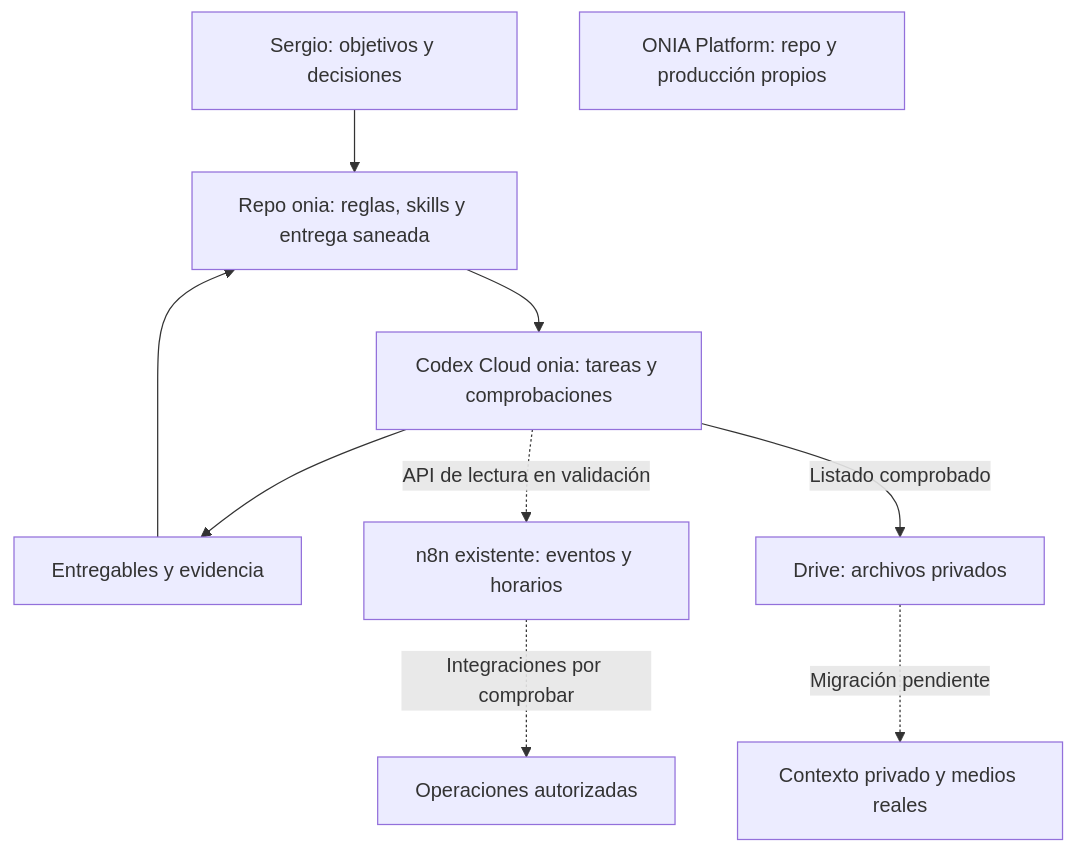
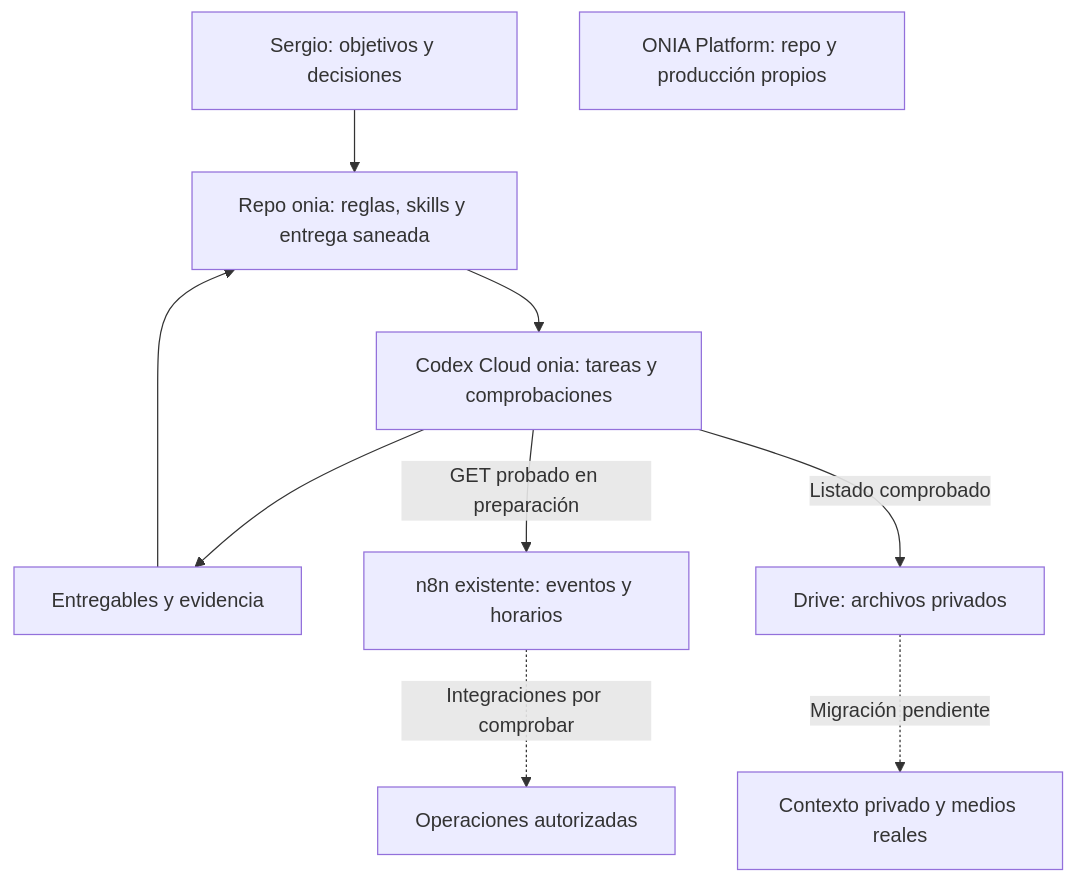
Before and after one commit to oninteligenciaartificial/onia: the diagram in _investigacion-onia/base-operativa/arquitectura.md, drawn with Mermaid. The commit also changed other lines of this file and 14 other files, not shown here.

````diff
--- a/_investigacion-onia/base-operativa/arquitectura.md
+++ b/_investigacion-onia/base-operativa/arquitectura.md
@@ -9,12 +9,12 @@
 ```mermaid
 flowchart TD
     S[Sergio: objetivos y decisiones] --> R[Repo onia: reglas, skills y entrega saneada]
     R --> C[Codex Cloud onia: tareas y comprobaciones]
     C --> E[Entregables y evidencia]
     E --> R
-    C -. API de lectura en validación .-> N[n8n existente: eventos y horarios]
+    C -->|GET probado en preparación| N[n8n existente: eventos y horarios]
     C -->|Listado comprobado| A[Drive: archivos privados]
     A -. Migración pendiente .-> K[Contexto privado y medios reales]
     N -. Integraciones por comprobar .-> O[Operaciones autorizadas]
     P[ONIA Platform: repo y producción propios]
 ```
````
